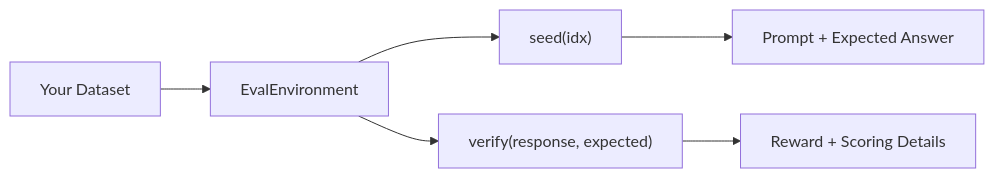
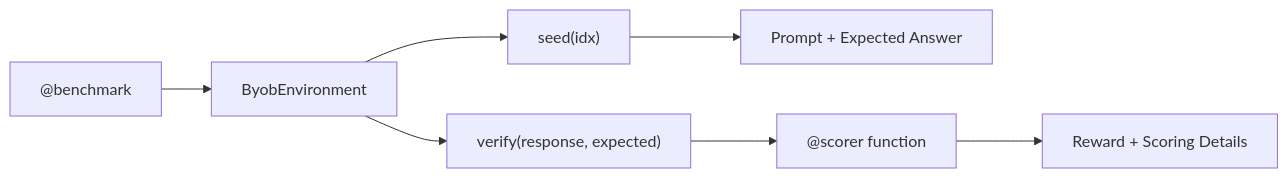
One commit to NVIDIA-NeMo/Evaluator changed the diagram in docs/tutorials/byob.md. Above: the diagram before and after it, drawn with Mermaid. The commit also changed other lines of this file and 13 other files, not shown here.

````diff
--- a/docs/tutorials/byob.md
+++ b/docs/tutorials/byob.md
@@ -7,8 +32,9 @@
 ```{mermaid}
 flowchart LR
-    A[Your Dataset] --> B[EvalEnvironment]
+    A["@benchmark"] --> B["ByobEnvironment"]
     B --> C["seed(idx)"]
     B --> D["verify(response, expected)"]
-    C --> E[Prompt + Expected Answer]
-    D --> F[Reward + Scoring Details]
+    C --> E["Prompt + Expected Answer"]
+    D --> F["@scorer function"]
+    F --> G["Reward + Scoring Details"]
 ```
````
